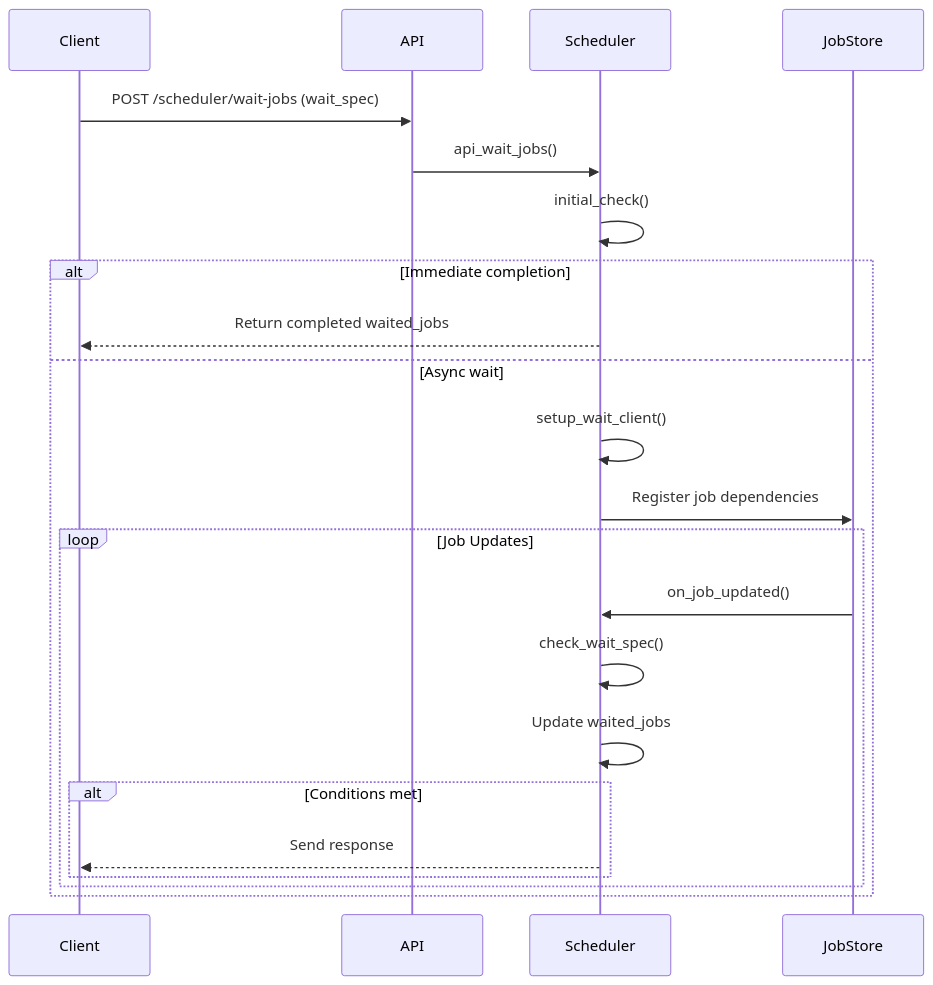
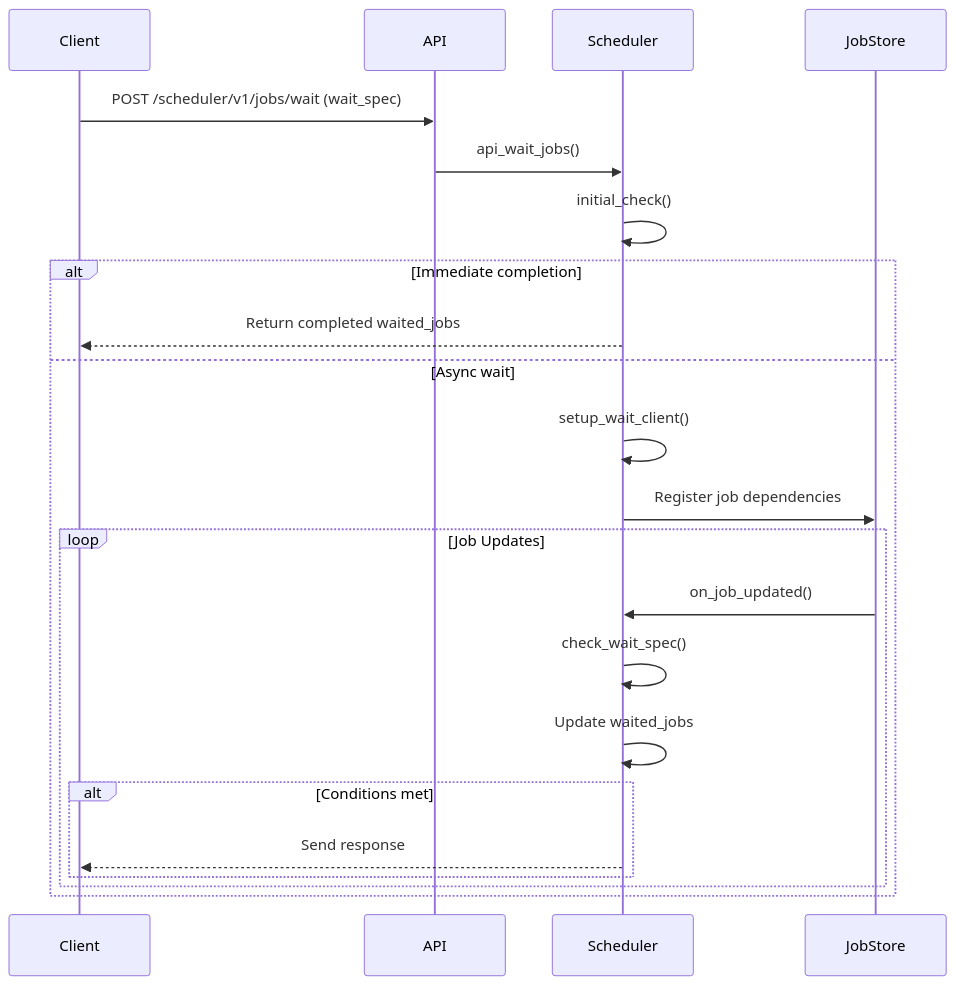
The diagram in doc/user-guide/job-wait.md (openeuler-mirror/compass-ci), drawn with Mermaid before and after one commit. The commit also changed other lines of this file and 22 other files, not shown here.

````diff
--- a/doc/user-guide/job-wait.md
+++ b/doc/user-guide/job-wait.md
@@ -39,25 +39,25 @@
 ```mermaid
 sequenceDiagram
     participant Client
     participant API
     participant Scheduler
     participant JobStore
 
-    Client->>API: POST /scheduler/wait-jobs (wait_spec)
+    Client->>API: POST /scheduler/v1/jobs/wait (wait_spec)
     API->>Scheduler: api_wait_jobs()
     Scheduler->>Scheduler: initial_check()
     alt Immediate completion
         Scheduler-->>Client: Return completed waited_jobs
     else Async wait
         Scheduler->>Scheduler: setup_wait_client()
         Scheduler->>JobStore: Register job dependencies
         loop Job Updates
             JobStore->>Scheduler: on_job_updated()
             Scheduler->>Scheduler: check_wait_spec()
             Scheduler->>Scheduler: Update waited_jobs
             alt Conditions met
                 Scheduler-->>Client: Send response
             end
         end
     end
 ```
````
